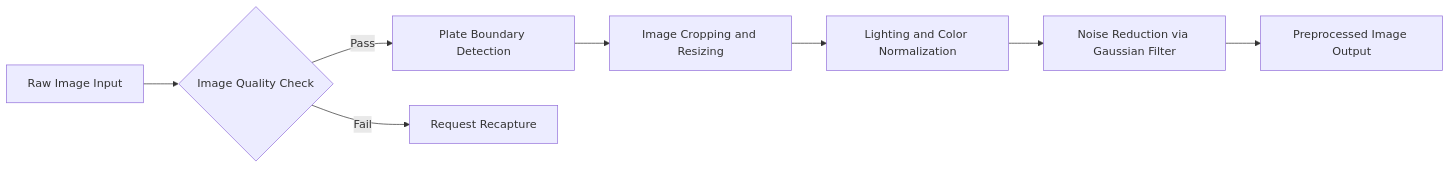
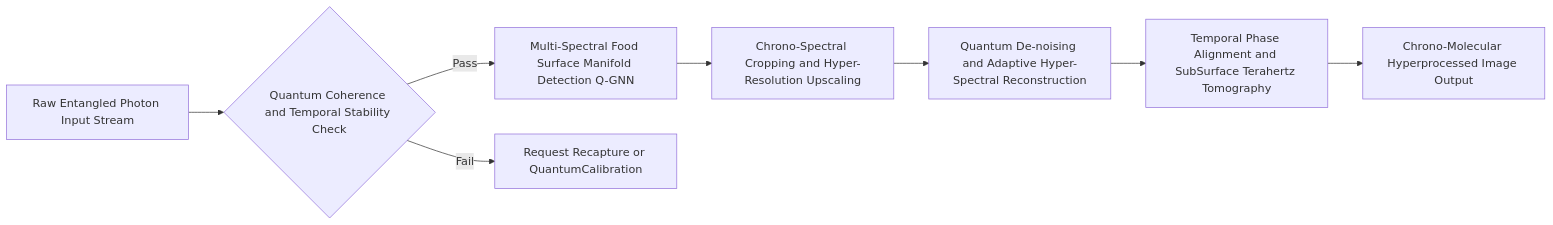
Before and after one commit to diplomat-bit/Citibank_Demo_Business_Inc_Demonstration-: the third of 9 diagrams in inventions/109_ai_nutritionist_from_food_photos.md, drawn with Mermaid. The commit also changed other lines of this file, not shown here.

````diff
--- a/inventions/109_ai_nutritionist_from_food_photos.md
+++ b/inventions/109_ai_nutritionist_from_food_photos.md
@@ -109,10 +114,10 @@
 ```mermaid
 graph LR
-    A[Raw Image Input] --> B{Image Quality Check}
-    B -- Pass --> C[Plate Boundary Detection]
-    B -- Fail --> D[Request Recapture]
-    C --> E[Image Cropping and Resizing]
-    E --> F[Lighting and Color Normalization]
-    F --> G[Noise Reduction via Gaussian Filter]
-    G --> H[Preprocessed Image Output]
+    A[Raw Entangled Photon Input Stream] --> B{Quantum Coherence and Temporal Stability Check}
+    B -- Pass --> C[Multi-Spectral Food Surface Manifold Detection Q-GNN]
+    B -- Fail --> D[Request Recapture or QuantumCalibration]
+    C --> E[Chrono-Spectral Cropping and Hyper-Resolution Upscaling]
+    E --> F[Quantum De-noising and Adaptive Hyper-Spectral Reconstruction]
+    F --> G[Temporal Phase Alignment and SubSurface Terahertz Tomography]
+    G --> H[Chrono-Molecular Hyperprocessed Image Output]
 ```
````
